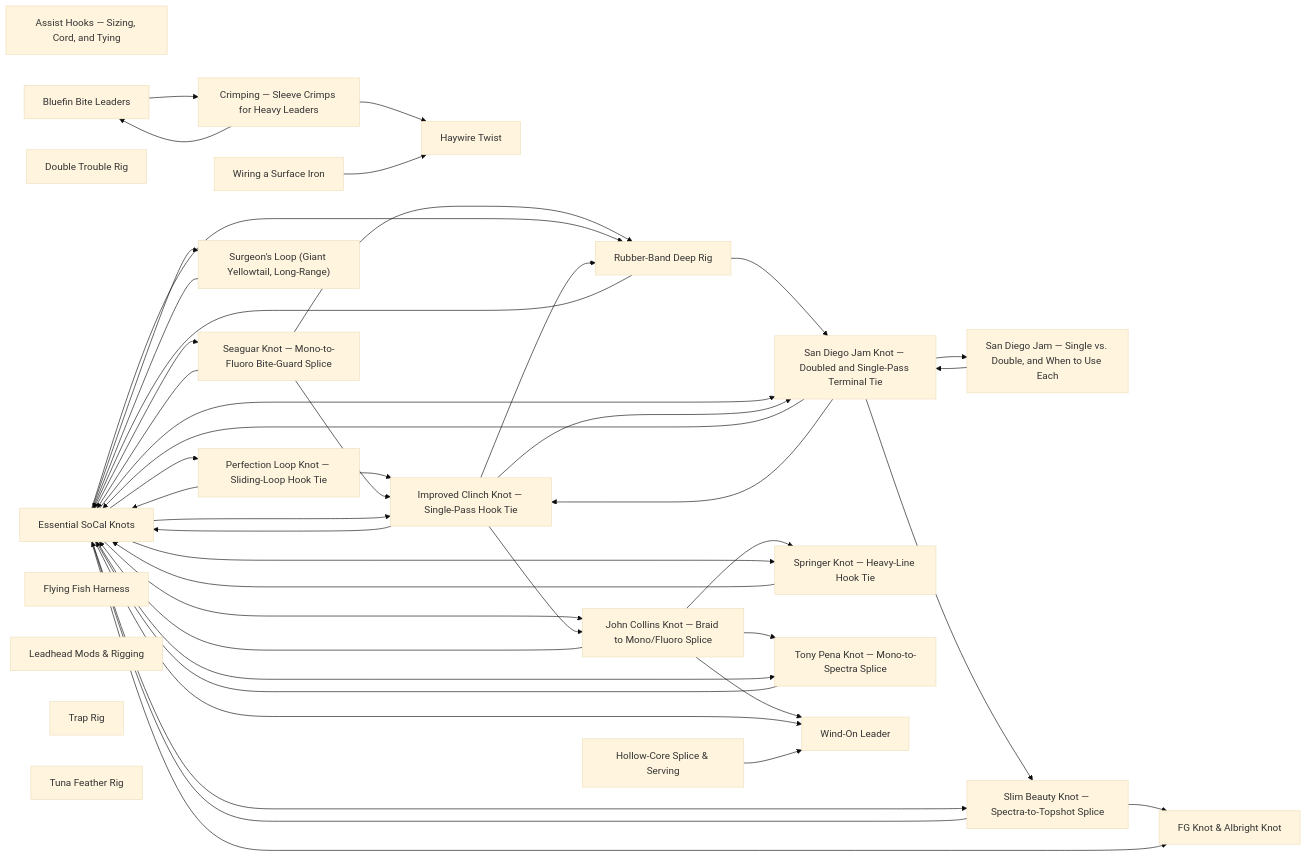
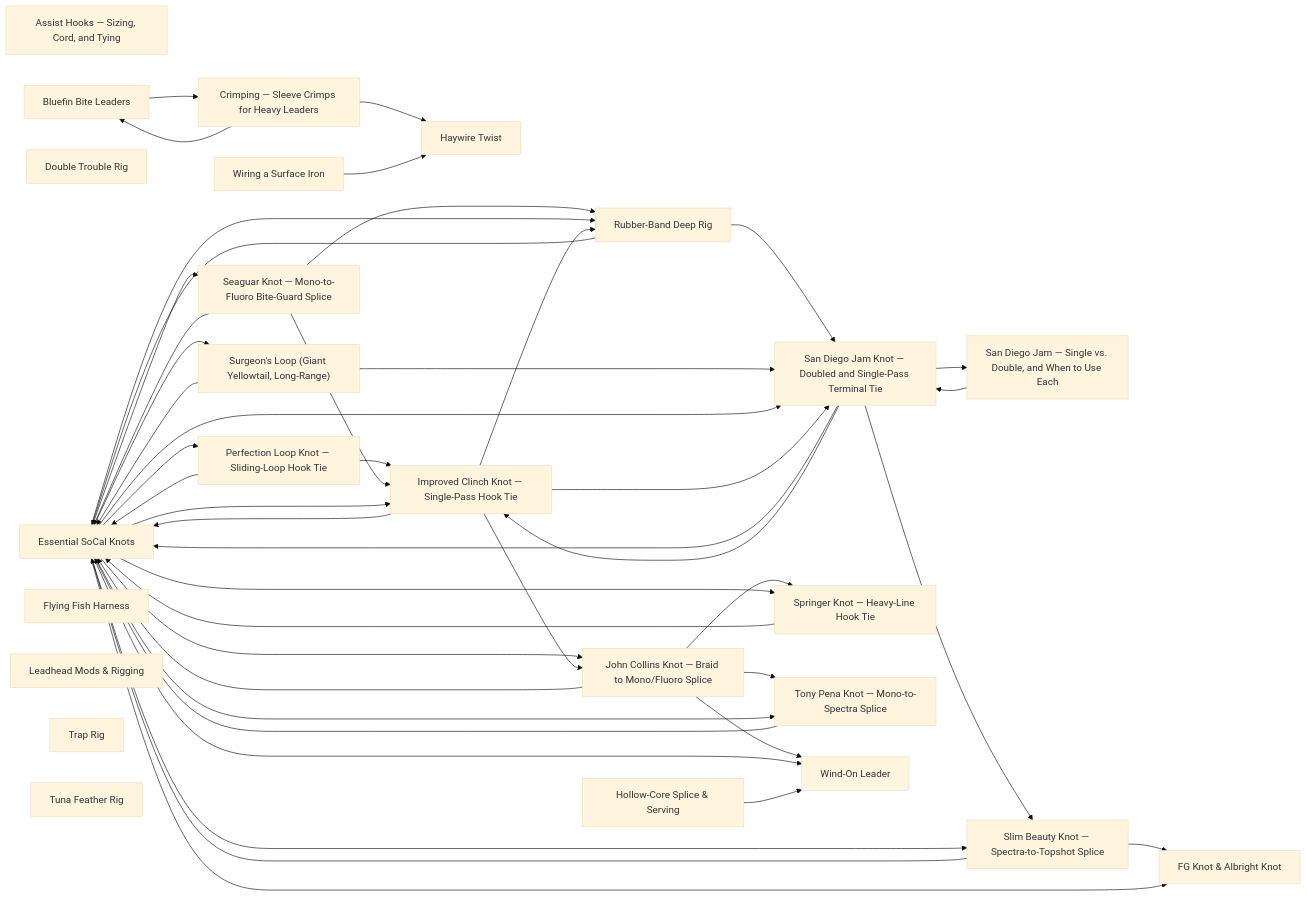
The diagram in rigging/README.md (camchuckpete-max/Socal-Fishing-Knowledge), drawn with Mermaid (base theme) before and after one commit. The commit also changed 3 other files, not shown here.

````diff
--- a/rigging/README.md
+++ b/rigging/README.md
@@ -38,70 +38,71 @@
 ```mermaid
 graph LR
   n0["Assist Hooks — Sizing, Cord, and Tying"]
   n1["Bluefin Bite Leaders"]
   n2["Crimping — Sleeve Crimps for Heavy Leaders"]
   n3["Double Trouble Rig"]
   n4["Essential SoCal Knots"]
   n5["FG Knot & Albright Knot"]
   n6["Flying Fish Harness"]
   n7["Haywire Twist"]
   n8["Hollow-Core Splice & Serving"]
   n9["Improved Clinch Knot — Single-Pass Hook Tie"]
   n10["John Collins Knot — Braid to Mono/Fluoro Splice"]
   n11["Leadhead Mods & Rigging"]
   n12["Perfection Loop Knot — Sliding-Loop Hook Tie"]
   n13["Rubber-Band Deep Rig"]
   n14["San Diego Jam Knot — Doubled and Single-Pass Terminal Tie"]
   n15["San Diego Jam — Single vs. Double, and When to Use Each"]
   n16["Seaguar Knot — Mono-to-Fluoro Bite-Guard Splice"]
   n17["Slim Beauty Knot — Spectra-to-Topshot Splice"]
   n18["Springer Knot — Heavy-Line Hook Tie"]
   n19["Surgeon's Loop (Giant Yellowtail, Long-Range)"]
   n20["Tony Pena Knot — Mono-to-Spectra Splice"]
   n21["Trap Rig"]
   n22["Tuna Feather Rig"]
   n23["Wind-On Leader"]
   n24["Wiring a Surface Iron"]
   n1 --> n2
   n10 --> n18
   n10 --> n20
   n10 --> n23
   n10 --> n4
   n12 --> n4
   n12 --> n9
   n13 --> n14
   n13 --> n4
   n14 --> n15
   n14 --> n17
   n14 --> n4
   n14 --> n9
   n15 --> n14
   n16 --> n13
   n16 --> n4
   n16 --> n9
   n17 --> n4
   n17 --> n5
   n18 --> n4
+  n19 --> n14
   n19 --> n4
   n2 --> n1
   n2 --> n7
   n20 --> n4
   n24 --> n7
   n4 --> n10
   n4 --> n12
   n4 --> n13
   n4 --> n14
   n4 --> n16
   n4 --> n17
   n4 --> n18
   n4 --> n19
   n4 --> n20
   n4 --> n23
   n4 --> n5
   n4 --> n9
   n8 --> n23
   n9 --> n10
   n9 --> n13
   n9 --> n14
   n9 --> n4
 ```
````
